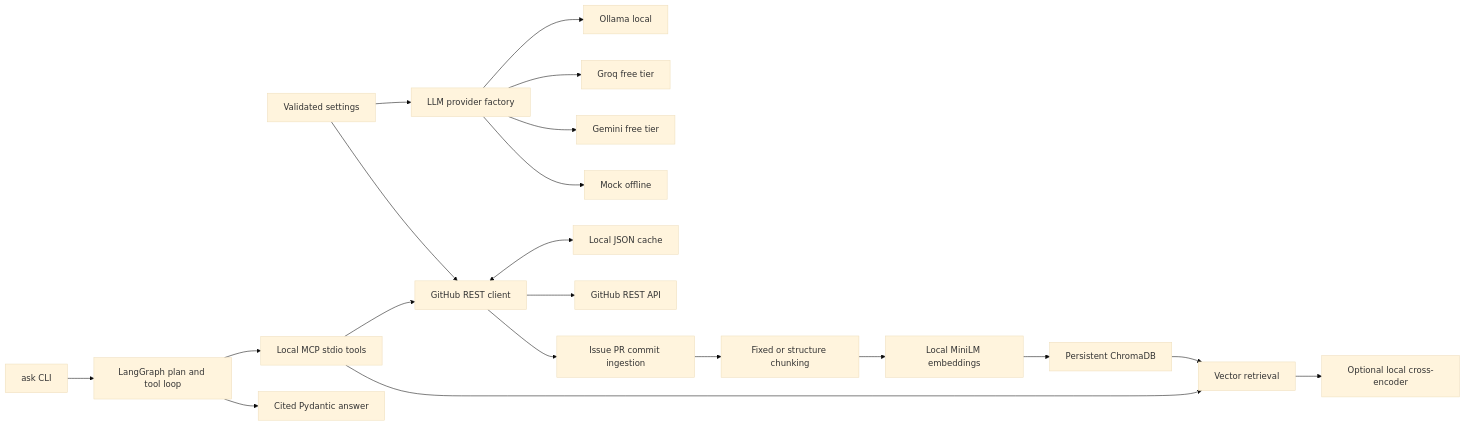
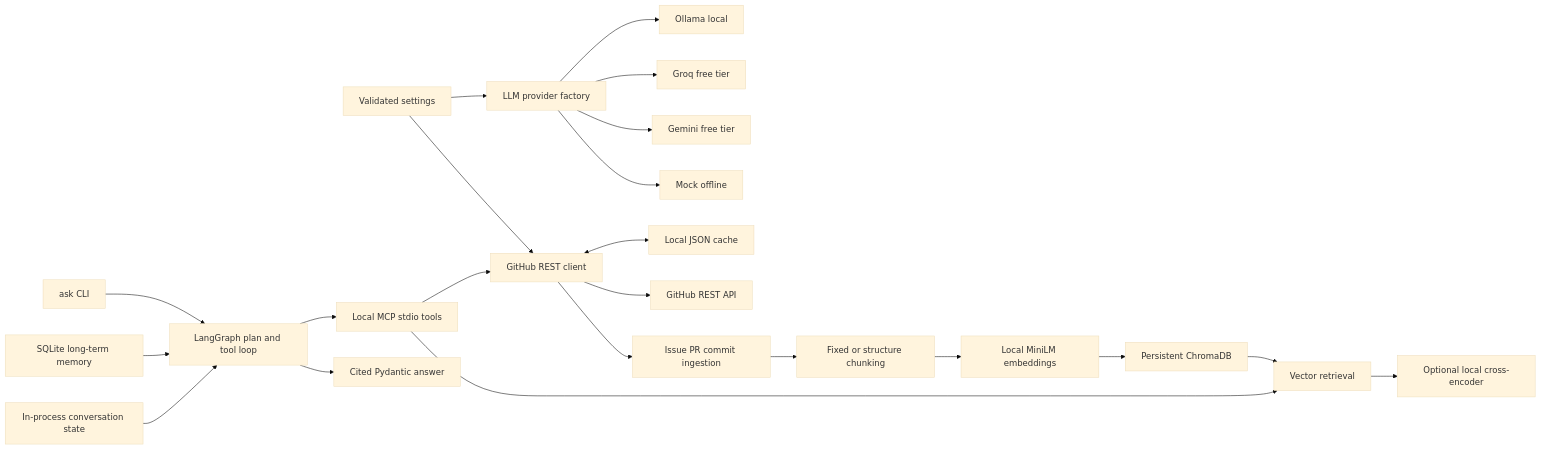
Before and after one commit to Madv4/repopulse: the diagram in README.md, drawn with Mermaid (base theme). The commit also changed other lines of this file and 15 other files, not shown here.

Commit message:
Add policy-gated SQLite and session memory

````diff
--- a/README.md
+++ b/README.md
@@ -92,22 +105,24 @@
 ```mermaid
 flowchart LR
     Config[Validated settings] --> Factory[LLM provider factory]
     Factory --> Ollama[Ollama local]
     Factory --> Groq[Groq free tier]
     Factory --> Gemini[Gemini free tier]
     Factory --> Mock[Mock offline]
     Config --> GitHub[GitHub REST client]
     GitHub <--> Cache[Local JSON cache]
     GitHub --> API[GitHub REST API]
     GitHub --> Ingest[Issue PR commit ingestion]
     Ingest --> Chunk[Fixed or structure chunking]
     Chunk --> Embed[Local MiniLM embeddings]
     Embed --> Chroma[Persistent ChromaDB]
     Chroma --> Retrieve[Vector retrieval]
     Retrieve --> Rerank[Optional local cross-encoder]
     Ask[ask CLI] --> Agent[LangGraph plan and tool loop]
     Agent --> MCP[Local MCP stdio tools]
     MCP --> GitHub
     MCP --> Retrieve
     Agent --> Answer[Cited Pydantic answer]
+    Memory[SQLite long-term memory] --> Agent
+    Session[In-process conversation state] --> Agent
 ```
````
